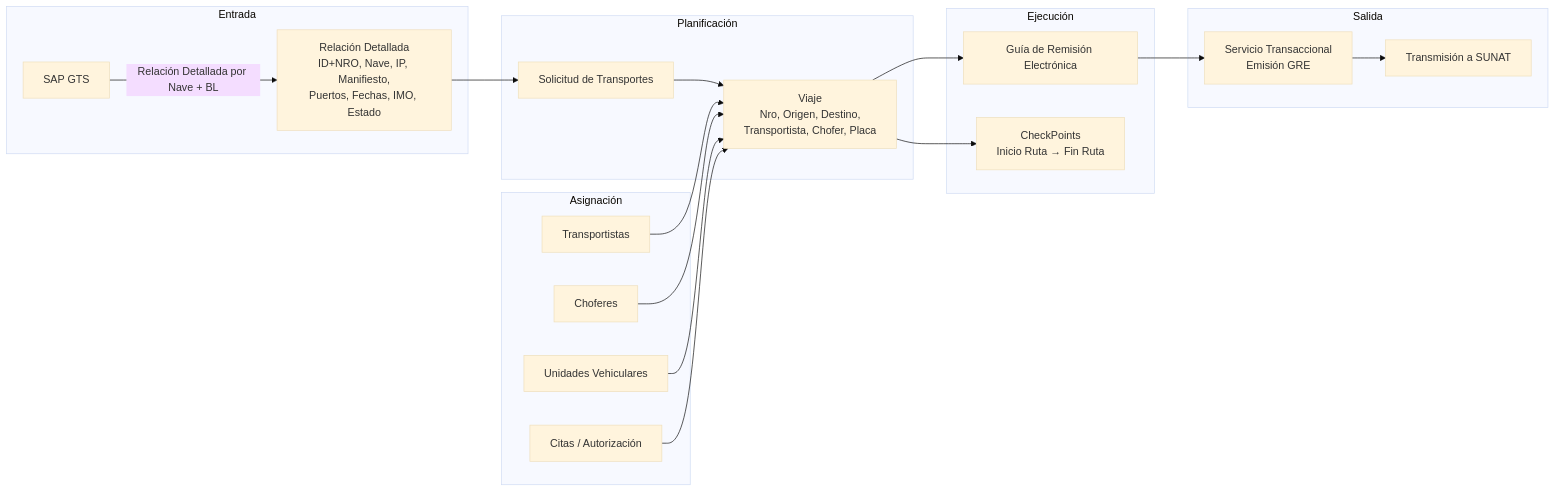
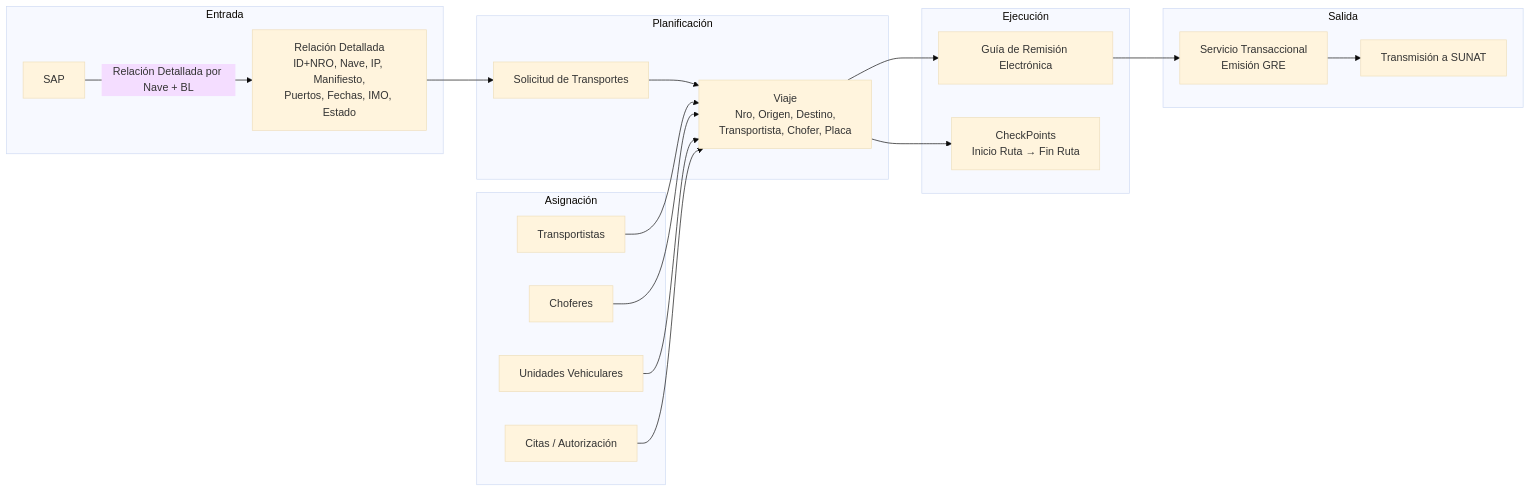
The third of 4 diagrams in _bmad-output/planning-artifacts/prd-sistema-gestion-transportes.es.md (beyondnetPeru/unimar_tms), drawn with Mermaid (base theme) before and after one commit. The commit also changed other lines of this file, not shown here.

Commit message:
fix: unificar referencias a SAP como fuente de datos legacy

````diff
--- a/_bmad-output/planning-artifacts/prd-sistema-gestion-transportes.es.md
+++ b/_bmad-output/planning-artifacts/prd-sistema-gestion-transportes.es.md
@@ -400,28 +400,28 @@
 ```mermaid
 flowchart LR
     subgraph IN[Entrada]
-        SAP[SAP GTS] -->|Relación Detallada por Nave + BL| RD[Relación Detallada<br/>ID+NRO, Nave, IP, Manifiesto,<br/>Puertos, Fechas, IMO, Estado]
+        SAP[SAP] -->|Relación Detallada por Nave + BL| RD[Relación Detallada<br/>ID+NRO, Nave, IP, Manifiesto,<br/>Puertos, Fechas, IMO, Estado]
     end
 
     subgraph PLAN[Planificación]
         RD --> ST[Solicitud de Transportes]
         ST --> VJ[Viaje<br/>Nro, Origen, Destino,<br/>Transportista, Chofer, Placa]
     end
 
     subgraph ASIG[Asignación]
         TP[Transportistas] --> VJ
         CH[Choferes] --> VJ
         UV[Unidades Vehiculares] --> VJ
         CA[Citas / Autorización] --> VJ
     end
 
     subgraph EJEC[Ejecución]
         VJ --> GR[Guía de Remisión Electrónica]
         VJ --> CP[CheckPoints<br/>Inicio Ruta → Fin Ruta]
     end
 
     subgraph SAL[Salida]
         GR --> EM[Servicio Transaccional<br/>Emisión GRE]
         EM --> TR[Transmisión a SUNAT]
     end
 ```
````
